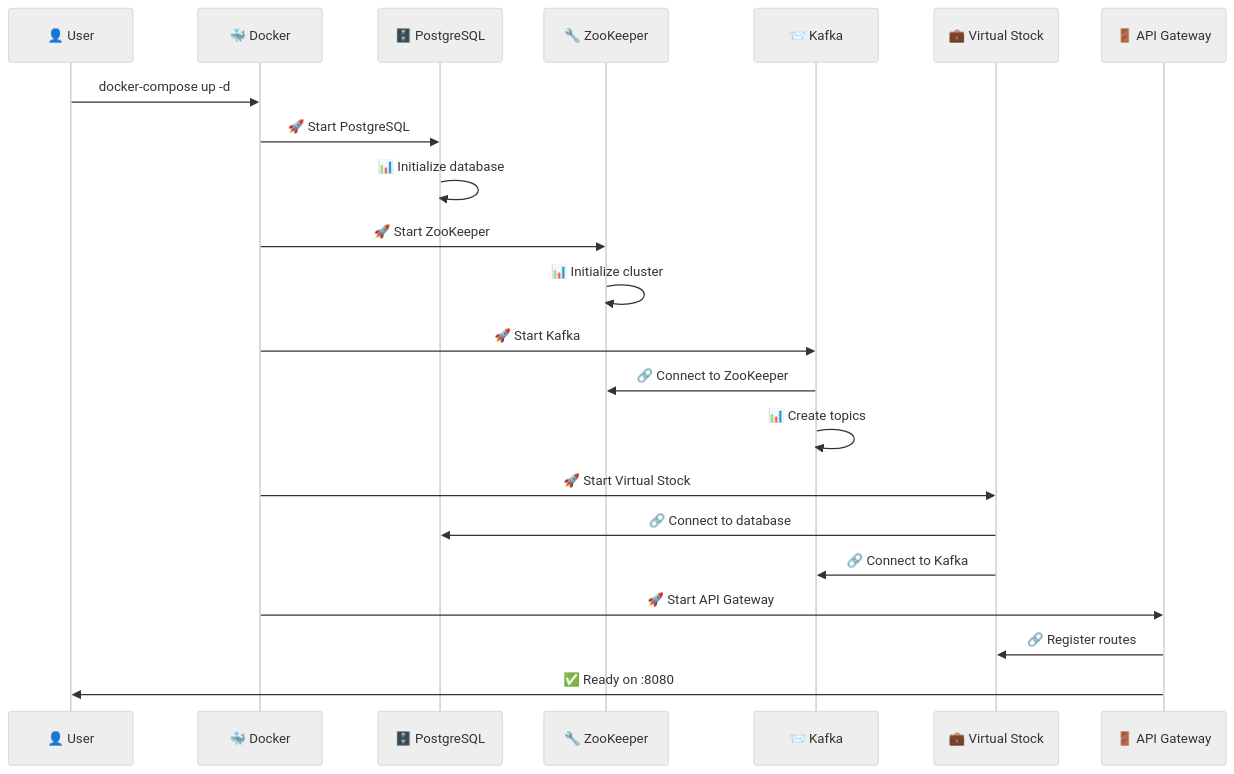
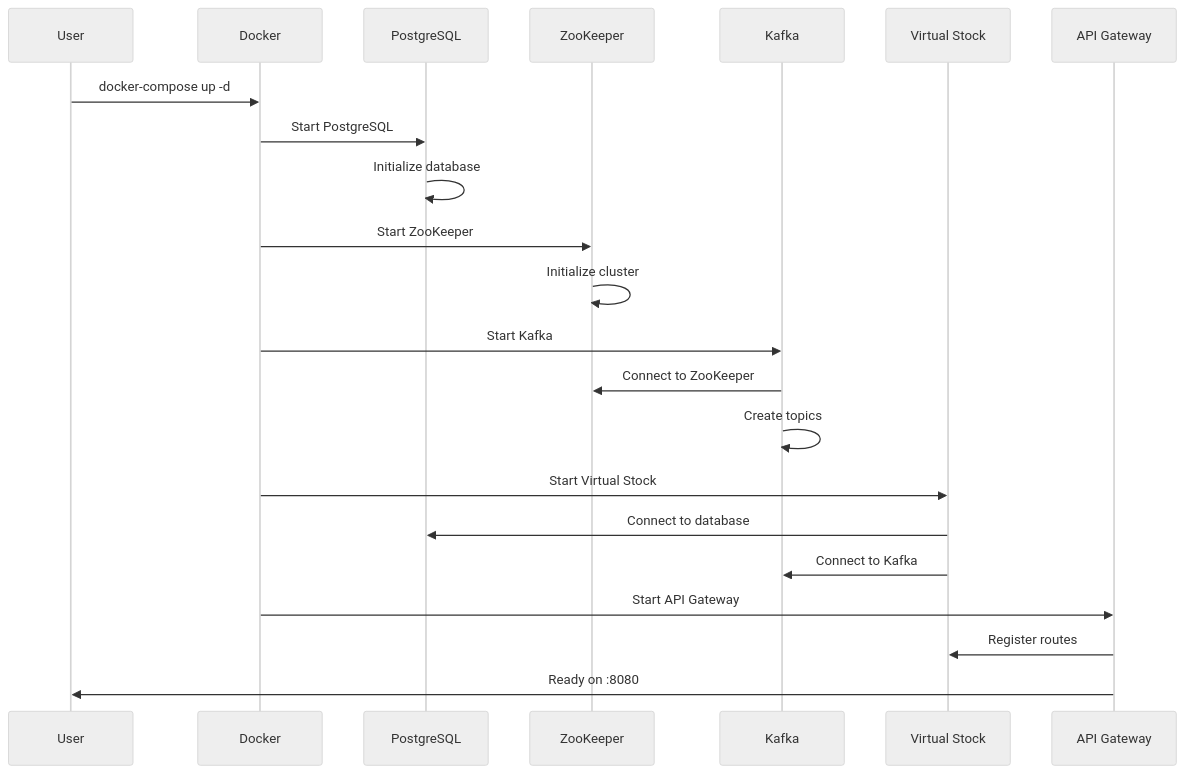
One commit to italo-costa/estudosKBNT_Kafka_Logs_V2_cleanCode changed the second of 10 diagrams in DEPLOYMENT_SEQUENCE.md. Above: the diagram before and after it, drawn with Mermaid (neutral theme). The commit also changed other lines of this file and 1 other file, not shown here.

First line of the commit message:
docs: Remove emojis from Mermaid diagrams for better GitHub rendering

````diff
--- a/DEPLOYMENT_SEQUENCE.md
+++ b/DEPLOYMENT_SEQUENCE.md
@@ -57,25 +57,25 @@
 ```mermaid
 sequenceDiagram
-    participant User as 👤 User
-    participant Docker as 🐳 Docker
-    participant PG as 🗄️ PostgreSQL
-    participant ZK as 🔧 ZooKeeper
-    participant Kafka as 📨 Kafka
-    participant VS as 💼 Virtual Stock
-    participant API as 🚪 API Gateway
+    participant User as User
+    participant Docker as Docker
+    participant PG as PostgreSQL
+    participant ZK as ZooKeeper
+    participant Kafka as Kafka
+    participant VS as Virtual Stock
+    participant API as API Gateway
     
     User->>Docker: docker-compose up -d
-    Docker->>PG: 🚀 Start PostgreSQL
-    PG->>PG: 📊 Initialize database
-    Docker->>ZK: 🚀 Start ZooKeeper
-    ZK->>ZK: 📊 Initialize cluster
-    Docker->>Kafka: 🚀 Start Kafka
-    Kafka->>ZK: 🔗 Connect to ZooKeeper
-    Kafka->>Kafka: 📊 Create topics
-    Docker->>VS: 🚀 Start Virtual Stock
-    VS->>PG: 🔗 Connect to database
-    VS->>Kafka: 🔗 Connect to Kafka
-    Docker->>API: 🚀 Start API Gateway
-    API->>VS: 🔗 Register routes
-    API->>User: ✅ Ready on :8080
+    Docker->>PG: Start PostgreSQL
+    PG->>PG: Initialize database
+    Docker->>ZK: Start ZooKeeper
+    ZK->>ZK: Initialize cluster
+    Docker->>Kafka: Start Kafka
+    Kafka->>ZK: Connect to ZooKeeper
+    Kafka->>Kafka: Create topics
+    Docker->>VS: Start Virtual Stock
+    VS->>PG: Connect to database
+    VS->>Kafka: Connect to Kafka
+    Docker->>API: Start API Gateway
+    API->>VS: Register routes
+    API->>User: Ready on :8080
 ```
````
